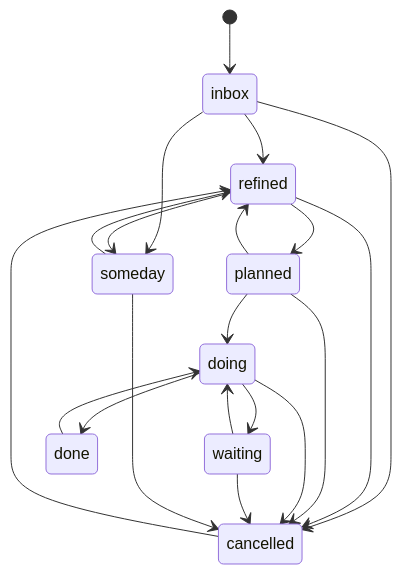
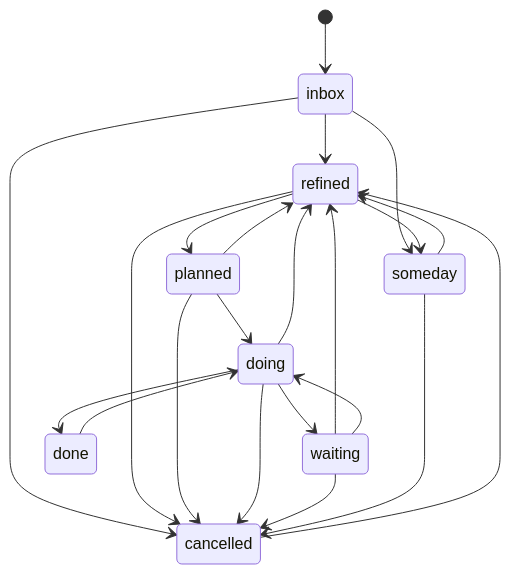
One commit to David-Bambi/nexus changed the second of 3 diagrams in docs/architecture/overview.md. Above: the diagram before and after it, drawn with Mermaid. The commit also changed other lines of this file and 17 other files, not shown here.

````diff
--- a/docs/architecture/overview.md
+++ b/docs/architecture/overview.md
@@ -62,22 +64,24 @@
 ```mermaid
 stateDiagram-v2
     [*] --> inbox
     inbox --> refined
     refined --> planned
     planned --> refined
     planned --> doing
     doing --> waiting
+    doing --> refined
+    waiting --> refined
     waiting --> doing
     doing --> done
     done --> doing
     inbox --> someday
     refined --> someday
     someday --> refined
     inbox --> cancelled
     refined --> cancelled
     planned --> cancelled
     doing --> cancelled
     waiting --> cancelled
     someday --> cancelled
     cancelled --> refined
 ```
````
